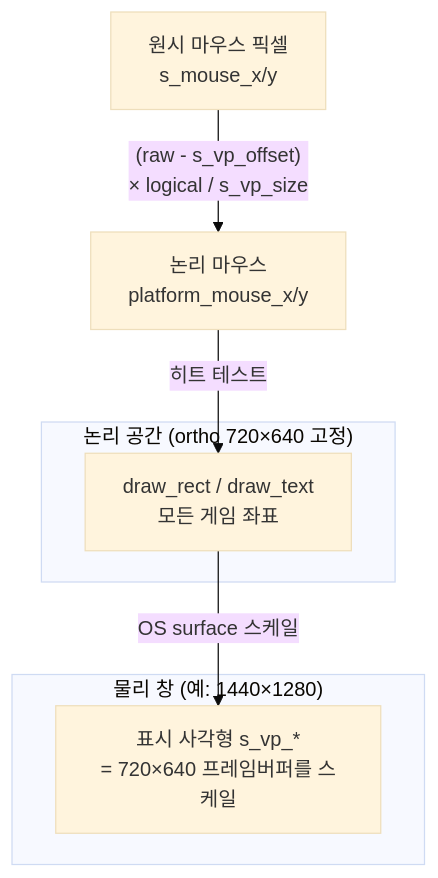
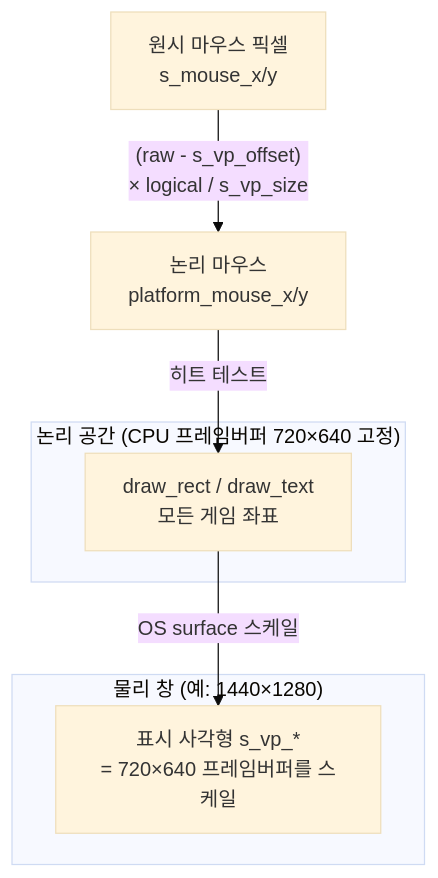
One commit to Rein-ArXiv/Tetris-Multiplayer-RL changed the second of 2 diagrams in docs/blog/part11-settings-and-options.md. Above: the diagram before and after it, drawn with Mermaid (base theme). The commit also changed other lines of this file and 41 other files, not shown here.

````diff
--- a/docs/blog/part11-settings-and-options.md
+++ b/docs/blog/part11-settings-and-options.md
@@ -627,12 +853,12 @@
 ```mermaid
 graph TB
-    subgraph Logical["논리 공간 (ortho 720×640 고정)"]
+    subgraph Logical["논리 공간 (CPU 프레임버퍼 720×640 고정)"]
         L[draw_rect / draw_text<br/>모든 게임 좌표]
     end
     subgraph Physical["물리 창 (예: 1440×1280)"]
         VP["표시 사각형 s_vp_*<br/>= 720×640 프레임버퍼를 스케일"]
     end
     L -->|OS surface 스케일| VP
     M["원시 마우스 픽셀<br/>s_mouse_x/y"] -->|"(raw - s_vp_offset)<br/>× logical / s_vp_size"| LM["논리 마우스<br/>platform_mouse_x/y"]
     LM -->|히트 테스트| L
 ```
````
